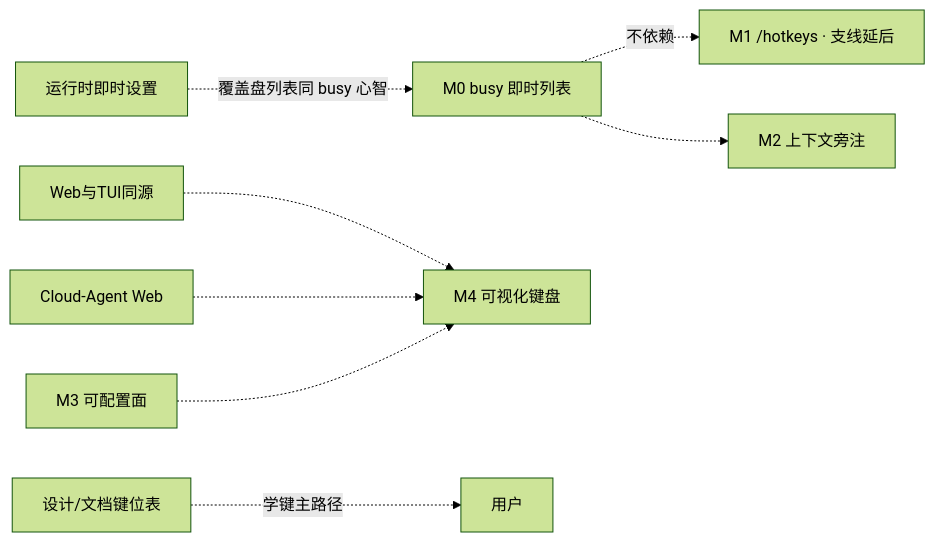
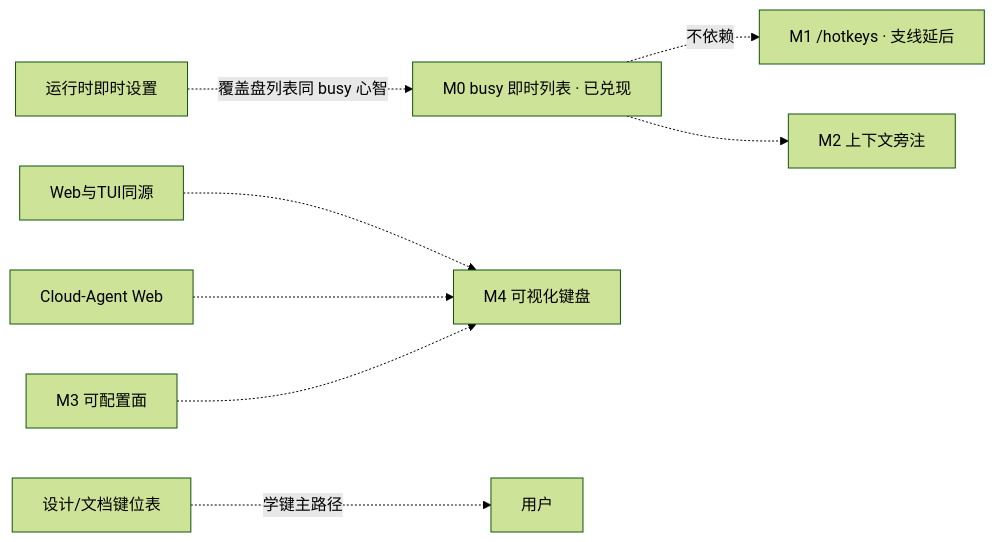
Before and after one commit to StrayDragon/xylitol: the diagram in docs/roadmaps/键位与命令发现.md, drawn with Mermaid (forest theme). The commit also changed other lines of this file and 17 other files, not shown here.

````diff
--- a/docs/roadmaps/键位与命令发现.md
+++ b/docs/roadmaps/键位与命令发现.md
@@ -83,10 +68,10 @@
 ```mermaid
 flowchart LR
-  M0["M0 busy 即时列表"] -.->|不依赖| M1["M1 /hotkeys · 支线延后"]
-  M0 -.-> M2["M2 上下文旁注"]
+  M0done["M0 busy 即时列表 · 已兑现"] -.->|不依赖| M1["M1 /hotkeys · 支线延后"]
+  M0done -.-> M2["M2 上下文旁注"]
   Homo["Web与TUI同源"] -.-> M4
   Web["Cloud-Agent Web"] -.-> M4["M4 可视化键盘"]
   Docs["设计/文档键位表"] -.->|学键主路径| User["用户"]
-  Live["运行时即时设置"] -.->|覆盖盘列表同 busy 心智| M0
+  Live["运行时即时设置"] -.->|覆盖盘列表同 busy 心智| M0done
   M3["M3 可配置面"] -.-> M4
 ```
````
